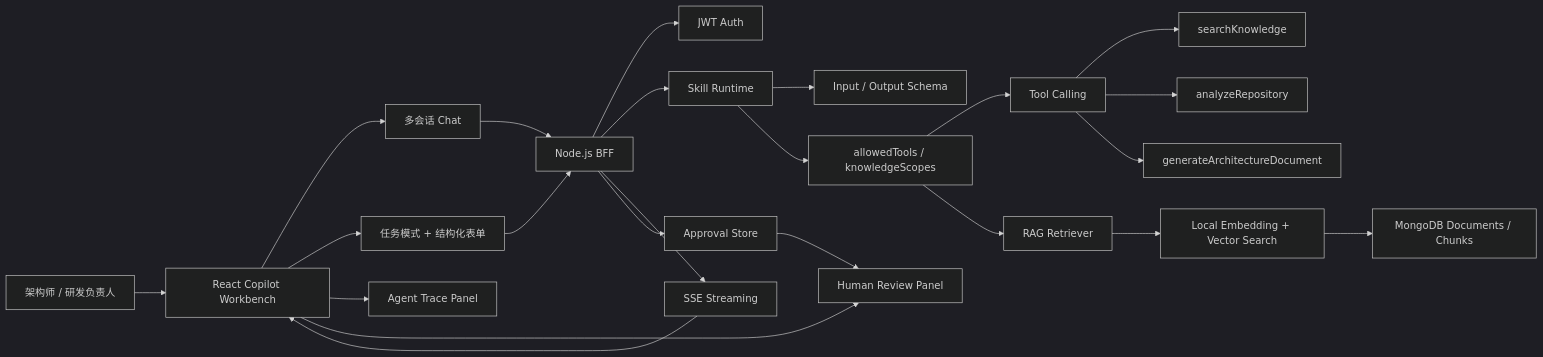
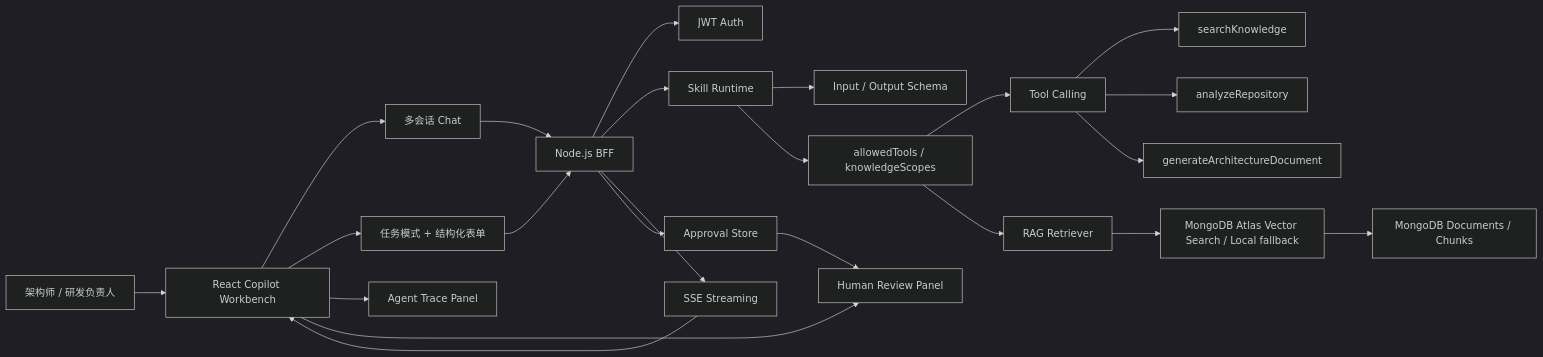
Before and after one commit to superwolfman/aidemo: the diagram in README.md, drawn with Mermaid (dark theme). The commit also changed other lines of this file and 5 other files, not shown here.

Commit message:
feat: add mongodb atlas vector search rag

````diff
--- a/README.md
+++ b/README.md
@@ -478,25 +516,25 @@
 ```mermaid
 flowchart LR
   User["架构师 / 研发负责人"] --> UI["React Copilot Workbench"]
   UI --> Chat["多会话 Chat"]
   UI --> Task["任务模式 + 结构化表单"]
   UI --> Trace["Agent Trace Panel"]
   UI --> Review["Human Review Panel"]
   Chat --> BFF["Node.js BFF"]
   Task --> BFF
   BFF --> Auth["JWT Auth"]
   BFF --> Skill["Skill Runtime"]
   Skill --> Schema["Input / Output Schema"]
   Skill --> Guard["allowedTools / knowledgeScopes"]
   Guard --> Tools["Tool Calling"]
   Guard --> RAG["RAG Retriever"]
   Tools --> Search["searchKnowledge"]
   Tools --> Repo["analyzeRepository"]
   Tools --> Doc["generateArchitectureDocument"]
-  RAG --> Vector["Local Embedding + Vector Search"]
+  RAG --> Vector["MongoDB Atlas Vector Search / Local fallback"]
   Vector --> Mongo["MongoDB Documents / Chunks"]
   BFF --> SSE["SSE Streaming"]
   SSE --> UI
   BFF --> Approval["Approval Store"]
   Approval --> Review
 ```
````
